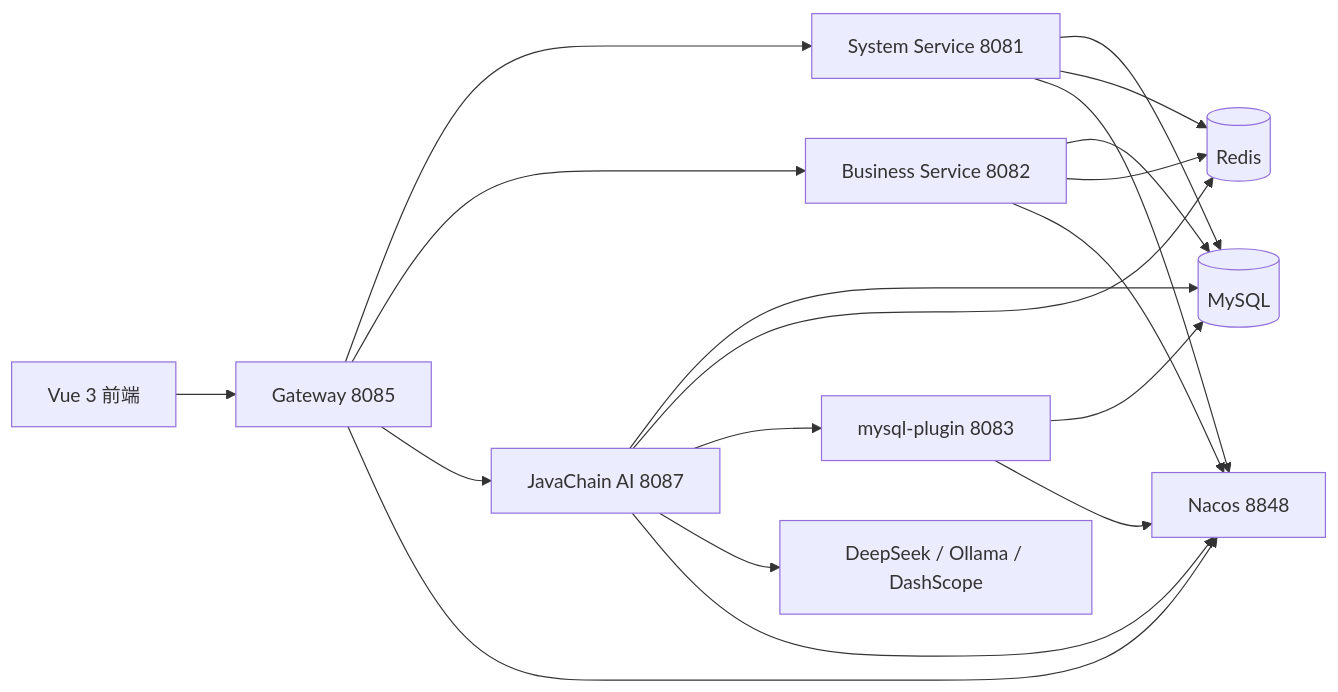
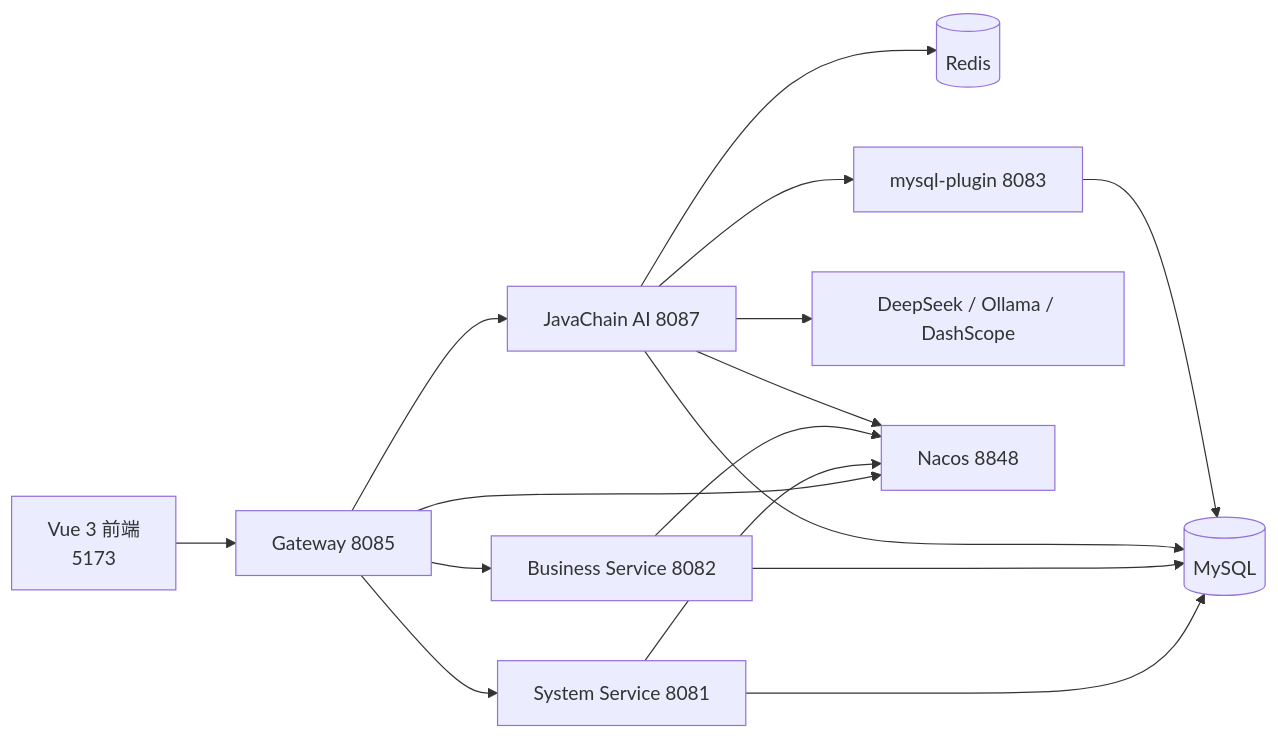
Before and after one commit to tonnyKnown/AI_grow: the diagram in README.md, drawn with Mermaid. The commit also changed other lines of this file and 20 other files, not shown here.

````diff
--- a/README.md
+++ b/README.md
@@ -37,21 +66,18 @@
 ```mermaid
 flowchart LR
-    A[Vue 3 前端] --> B[Gateway 8085]
+    A[Vue 3 前端<br/>5173] --> B[Gateway 8085]
     B --> C[System Service 8081]
     B --> D[Business Service 8082]
     B --> E[JavaChain AI 8087]
     C --> F[(MySQL)]
     D --> F
-    C --> G[(Redis)]
-    D --> G
     E --> F
-    E --> G
+    E --> G[(Redis)]
     E --> J[mysql-plugin 8083]
     J --> F
-    J --> I
     E --> H[DeepSeek / Ollama / DashScope]
     B --> I[Nacos 8848]
     C --> I
     D --> I
     E --> I
 ```
````
